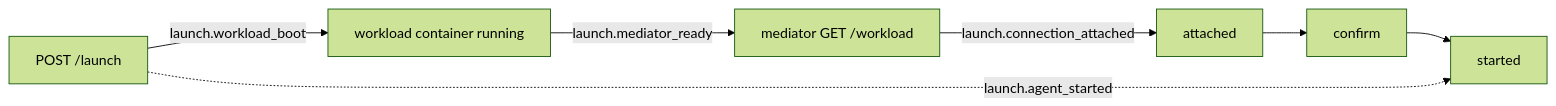
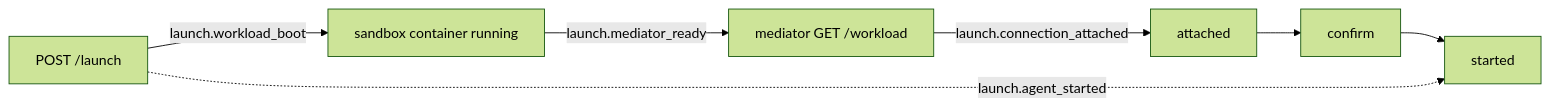
The diagram in docs/performance.md (tbhb-dev/avirt), drawn with Mermaid (forest theme) before and after one commit. The commit also changed other lines of this file and 58 other files, not shown here.

````diff
--- a/docs/performance.md
+++ b/docs/performance.md
@@ -38,9 +38,9 @@
 ```mermaid
 flowchart LR
-    a["POST /launch"] -->|launch.workload_boot| b["workload container running"]
+    a["POST /launch"] -->|launch.workload_boot| b["sandbox container running"]
     b -->|launch.mediator_ready| c["mediator GET /workload"]
     c -->|launch.connection_attached| d["attached"]
     d --> e["confirm"]
     e --> f["started"]
     a -.->|launch.agent_started| f
 ```
````
